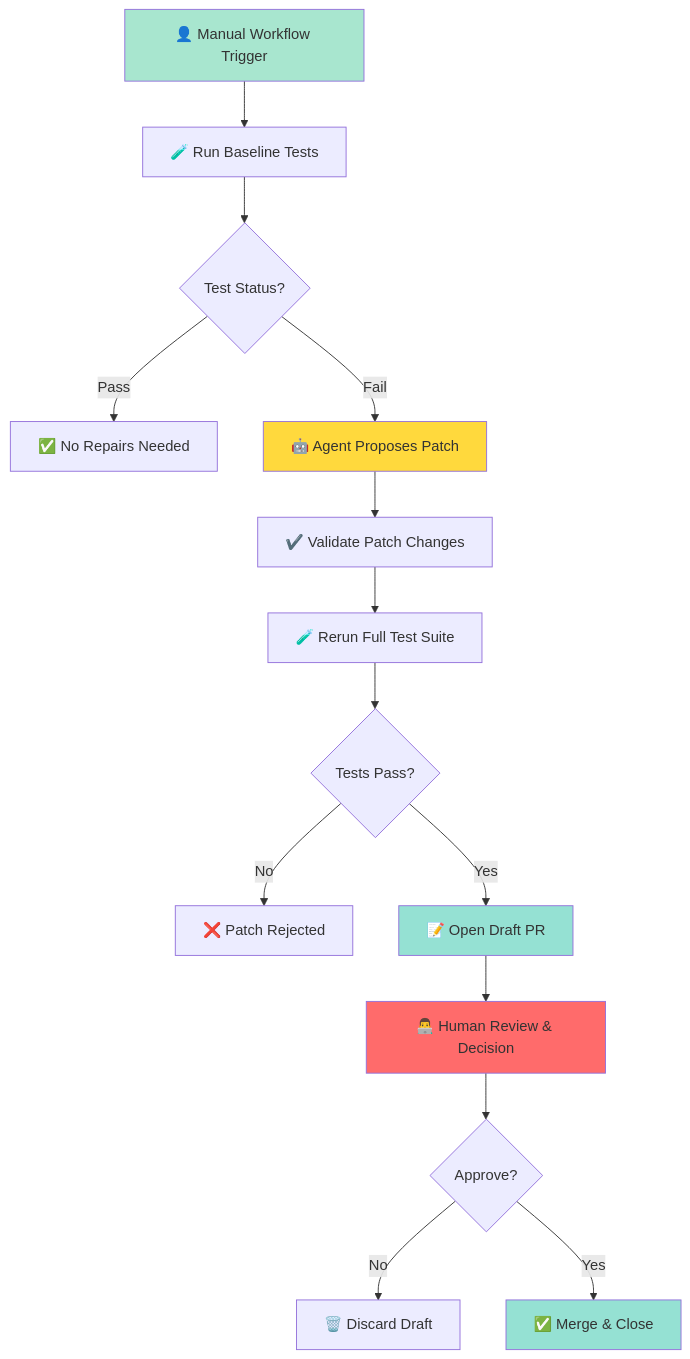
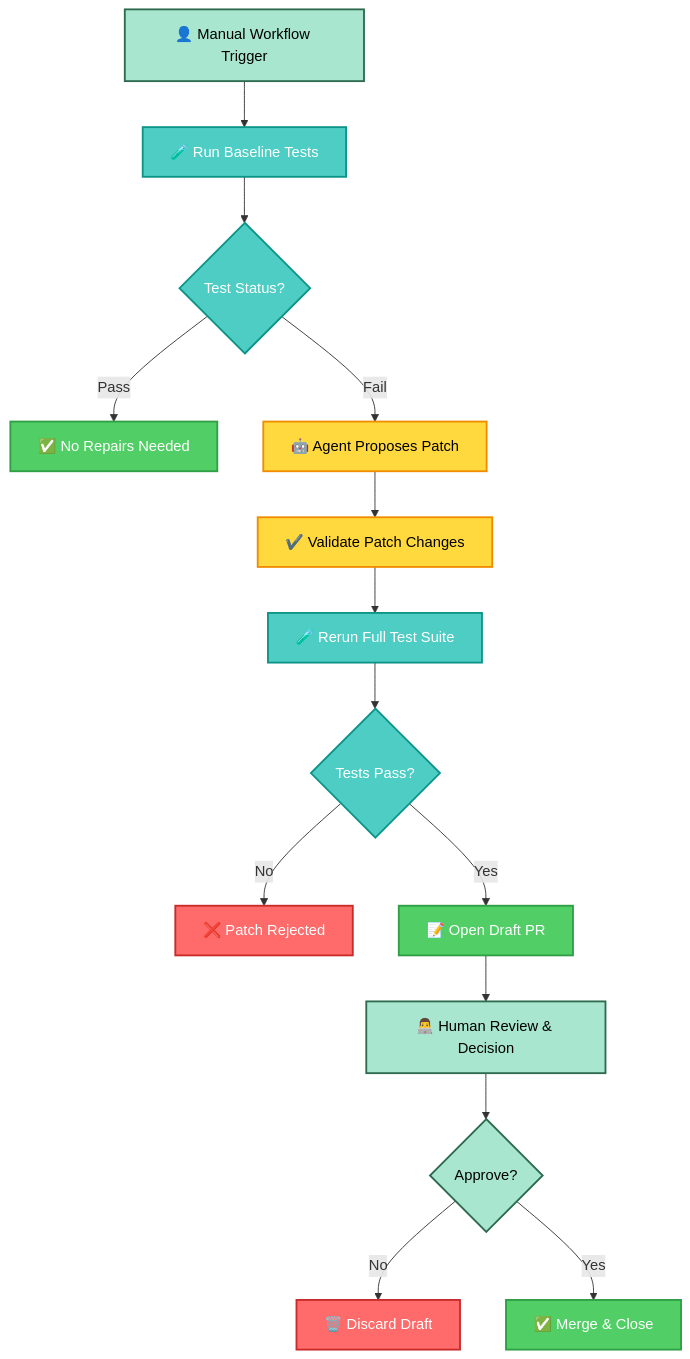
The second of 2 diagrams in README.md (AjiKunjumon/self-healing-ci), drawn with Mermaid before and after one commit. The commit also changed other lines of this file, not shown here.

Commit message:
Enhance Mermaid diagrams with dark mode contrast improvements and better styling

````diff
--- a/README.md
+++ b/README.md
@@ -53,22 +70,31 @@
 ```mermaid
 graph TD
     A["👤 Manual Workflow Trigger"] --> B["🧪 Run Baseline Tests"]
     B --> C{Test Status?}
     C -->|Pass| D["✅ No Repairs Needed"]
     C -->|Fail| E["🤖 Agent Proposes Patch"]
     E --> F["✔️ Validate Patch Changes"]
     F --> G["🧪 Rerun Full Test Suite"]
     G --> H{Tests Pass?}
     H -->|No| I["❌ Patch Rejected"]
     H -->|Yes| J["📝 Open Draft PR"]
     J --> K["👨‍💻 Human Review & Decision"]
     K --> L{Approve?}
     L -->|No| M["🗑️ Discard Draft"]
     L -->|Yes| N["✅ Merge & Close"]
     
-    style A fill:#a8e6cf
-    style E fill:#ffd93d
-    style J fill:#95e1d3
-    style K fill:#ff6b6b
-    style N fill:#95e1d3
+    style A fill:#a8e6cf,color:#000,stroke:#2d6a4f,stroke-width:2px
+    style B fill:#4ecdc4,color:#fff,stroke:#0d9488,stroke-width:2px
+    style C fill:#4ecdc4,color:#fff,stroke:#0d9488,stroke-width:2px
+    style D fill:#51cf66,color:#fff,stroke:#2f9e44,stroke-width:2px
+    style E fill:#ffd93d,color:#000,stroke:#f08c00,stroke-width:2px
+    style F fill:#ffd93d,color:#000,stroke:#f08c00,stroke-width:2px
+    style G fill:#4ecdc4,color:#fff,stroke:#0d9488,stroke-width:2px
+    style H fill:#4ecdc4,color:#fff,stroke:#0d9488,stroke-width:2px
+    style I fill:#ff6b6b,color:#fff,stroke:#c92a2a,stroke-width:2px
+    style J fill:#51cf66,color:#fff,stroke:#2f9e44,stroke-width:2px
+    style K fill:#a8e6cf,color:#000,stroke:#2d6a4f,stroke-width:2px
+    style L fill:#a8e6cf,color:#000,stroke:#2d6a4f,stroke-width:2px
+    style M fill:#ff6b6b,color:#fff,stroke:#c92a2a,stroke-width:2px
+    style N fill:#51cf66,color:#fff,stroke:#2f9e44,stroke-width:2px
 ```
````
